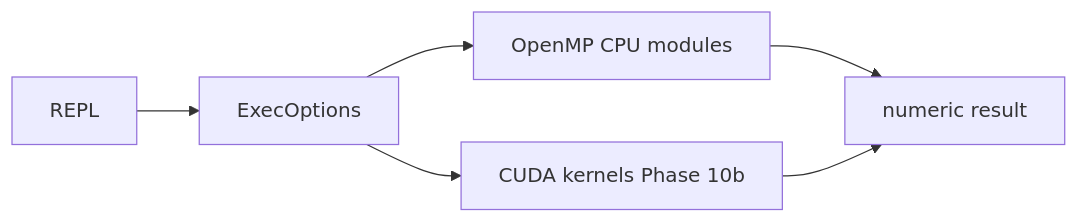
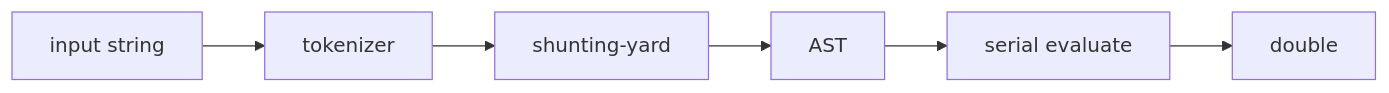
One commit to ShubhamDudhbhate-VJTI/Scientific_Calculator changed the diagram in docs/architecture.md. Above: the diagram before and after it, drawn with Mermaid. The commit also changed other lines of this file and 18 other files, not shown here.

Commit message:
Phase 2: parser and serial evaluator

````diff
--- a/docs/architecture.md
+++ b/docs/architecture.md
@@ -12,8 +12,8 @@
 ```mermaid
 flowchart LR
-  REPL[REPL] --> Exec[ExecOptions]
-  Exec --> CPU[OpenMP CPU modules]
-  Exec --> GPU[CUDA kernels Phase 10b]
-  CPU --> Out[numeric result]
-  GPU --> Out
+  In[input string] --> Tok[tokenizer]
+  Tok --> SY[shunting-yard]
+  SY --> AST[AST]
+  AST --> Ev[serial evaluate]
+  Ev --> Out[double]
 ```
````
